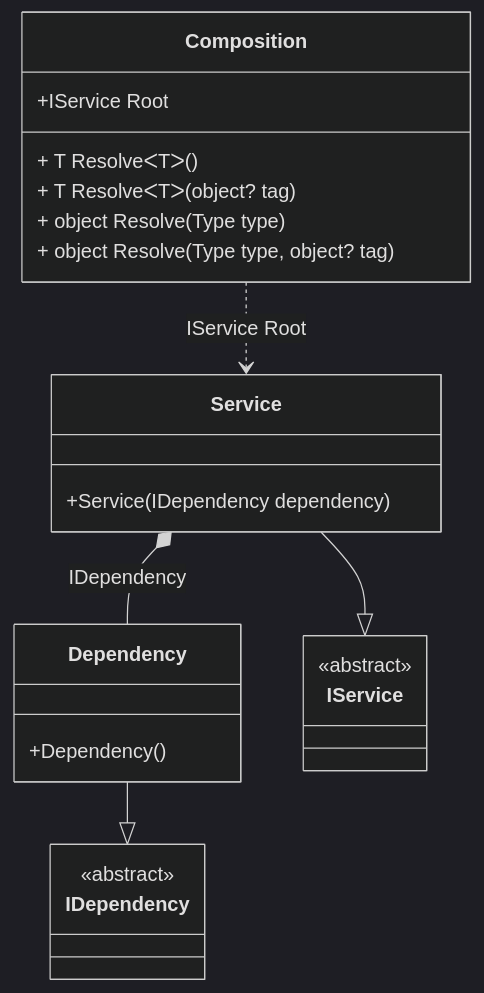
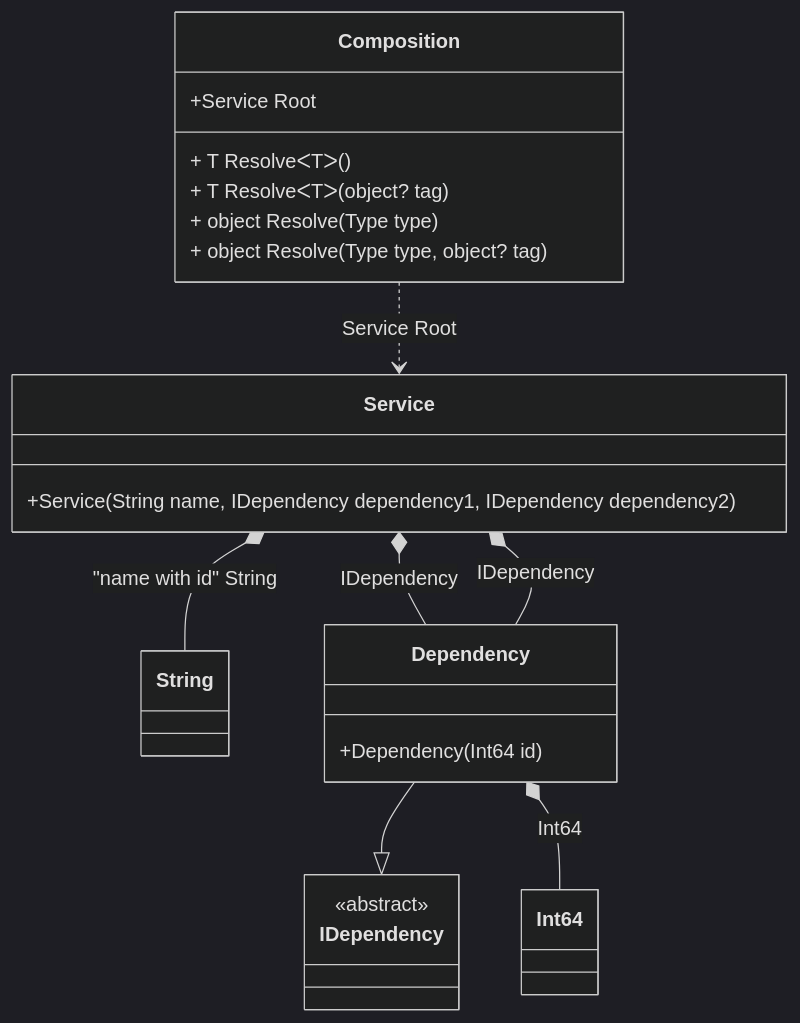
One commit to DevTeam/Pure.DI changed the diagram in readme/partial-class.md. Above: the diagram before and after it, drawn with Mermaid (dark theme). The commit also changed other lines of this file and 83 other files, not shown here.

````diff
--- a/readme/partial-class.md
+++ b/readme/partial-class.md
@@ -36,26 +71,27 @@
 ```mermaid
 classDiagram
   class Composition {
-    +IService Root
+    +Service Root
     + T ResolveᐸTᐳ()
     + T ResolveᐸTᐳ(object? tag)
     + object Resolve(Type type)
     + object Resolve(Type type, object? tag)
   }
+  class Service {
+    +Service(String name, IDependency dependency1, IDependency dependency2)
+  }
+  class Int64
+  class String
   Dependency --|> IDependency : 
   class Dependency {
-    +Dependency()
-  }
-  Service --|> IService : 
-  class Service {
-    +Service(IDependency dependency)
+    +Dependency(Int64 id)
   }
   class IDependency {
     <<abstract>>
   }
-  class IService {
-    <<abstract>>
-  }
+  Service *--  String : "name with id"  String
   Service *--  Dependency : IDependency
-  Composition ..> Service : IService Root
+  Service *--  Dependency : IDependency
+  Dependency *--  Int64 : Int64
+  Composition ..> Service : Service Root
 ```
````
